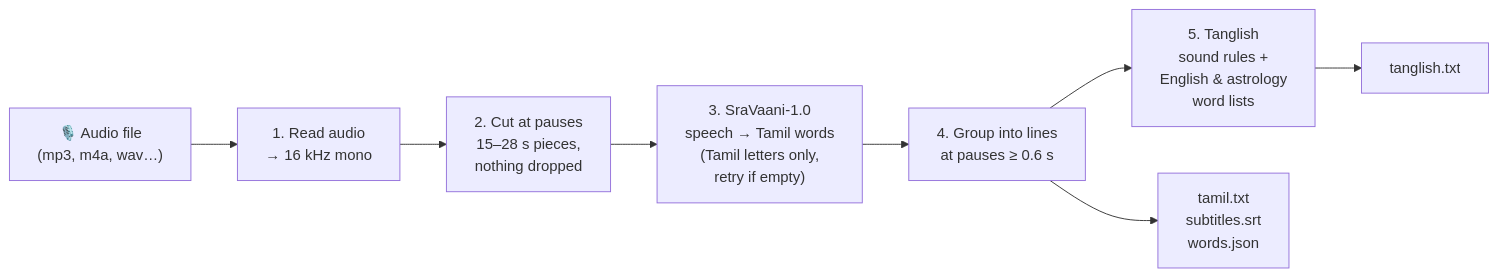
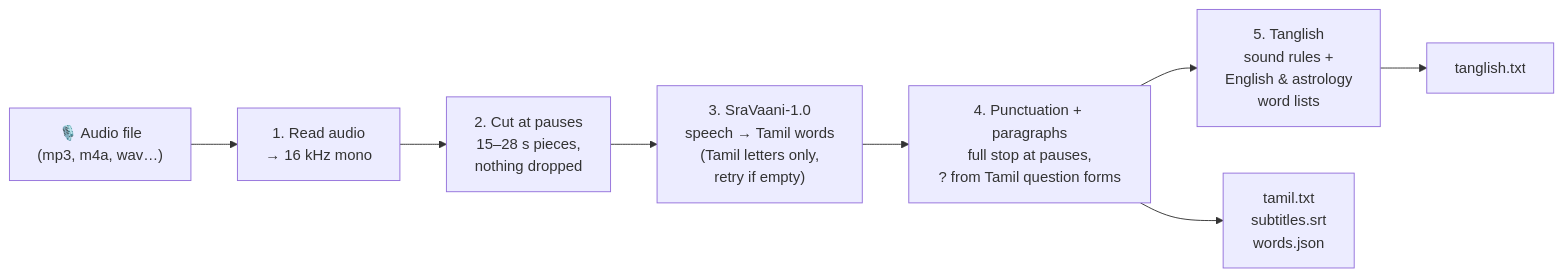
Before and after one commit to namitha393/tamil-transcribe: the diagram in README.md, drawn with Mermaid. The commit also changed other lines of this file and 22 other files, not shown here.

First line of the commit message:
Add punctuation and paragraphs to the pipeline

````diff
--- a/README.md
+++ b/README.md
@@ -31,10 +31,10 @@
 ```mermaid
 flowchart LR
     A["🎙️ Audio file<br/>(mp3, m4a, wav…)"] --> B["1. Read audio<br/>→ 16 kHz mono"]
     B --> C["2. Cut at pauses<br/>15–28 s pieces,<br/>nothing dropped"]
     C --> D["3. SraVaani-1.0<br/>speech → Tamil words<br/>(Tamil letters only,<br/>retry if empty)"]
-    D --> E["4. Group into lines<br/>at pauses ≥ 0.6 s"]
+    D --> E["4. Punctuation + paragraphs<br/>full stop at pauses,<br/>? from Tamil question forms"]
     E --> F["5. Tanglish<br/>sound rules +<br/>English & astrology<br/>word lists"]
     E --> G["tamil.txt<br/>subtitles.srt<br/>words.json"]
     F --> H["tanglish.txt"]
 ```
````
